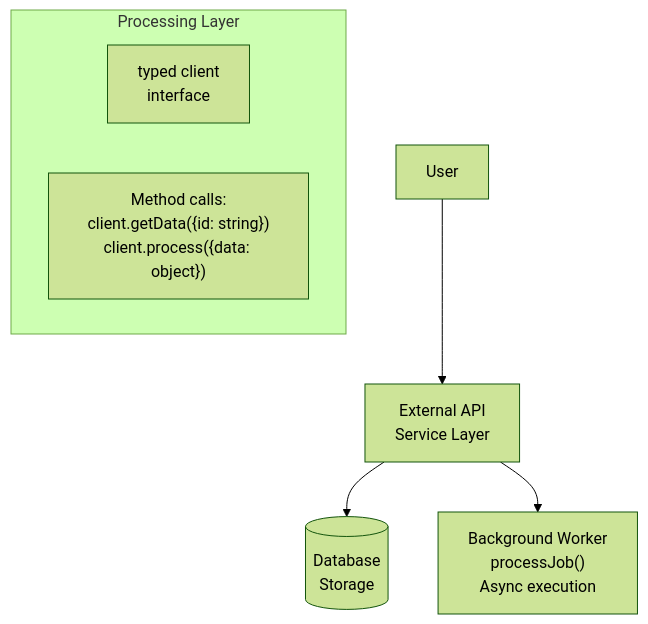
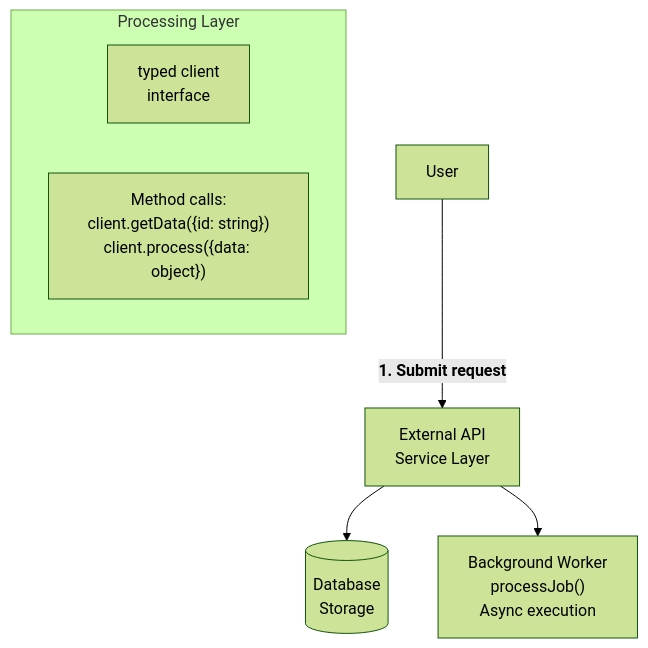
One commit to jahands/prompts changed the diagram in cursor-rules/mermaid.mdc. Above: the diagram before and after it, drawn with Mermaid (forest theme).

Commit message:
fix: add example as well

````diff
--- a/cursor-rules/mermaid.mdc
+++ b/cursor-rules/mermaid.mdc
@@ -22,11 +22,11 @@
 ```mermaid
 graph TB
-    User[User] --> API["External API<br/>Service Layer"]
+    User -- "<b>1. Submit request</b>" --> API["External API<br/>Service Layer"]
     API --> DB[("Database<br/>Storage")]
     API --> Worker["Background Worker<br/>processJob()<br/>Async execution"]
     
     subgraph "Processing Layer"
         Client["typed client<br/>interface"]
         Methods["Method calls:<br/>client.getData({id: string})<br/>client.process({data: object})"]
     end
 ```
````
